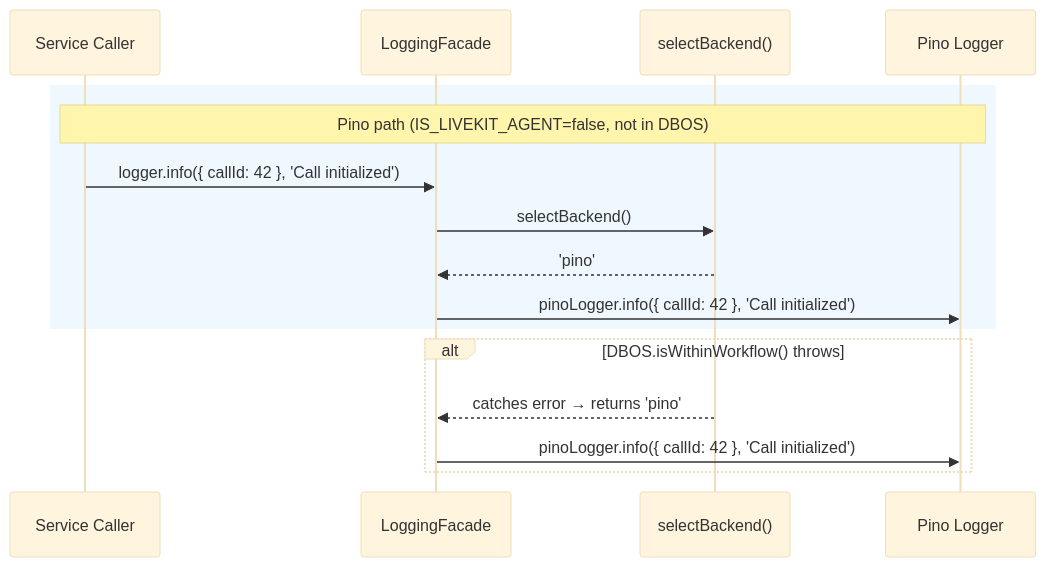
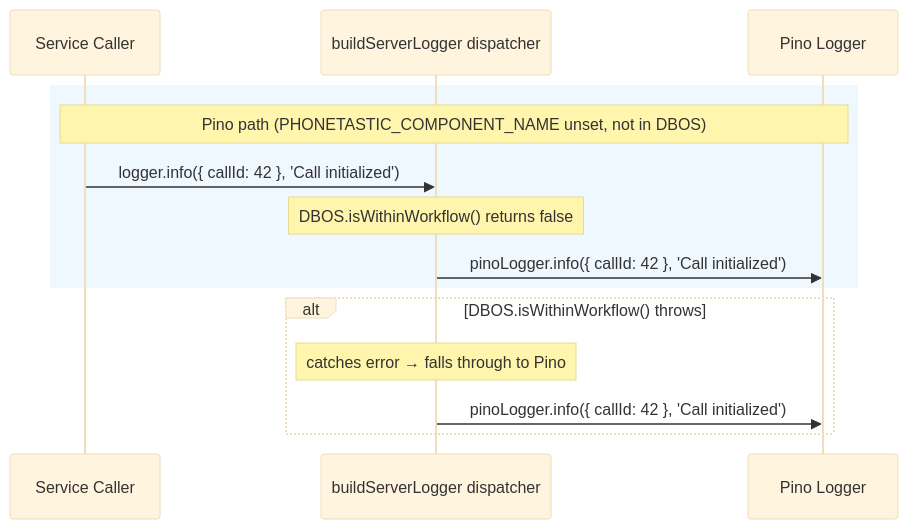
The first of 7 diagrams in docs/logging-facade-design.md (phonetastic-eng/phonetastic-server), drawn with Mermaid (base theme) before and after one commit. The commit also changed other lines of this file and 9 other files, not shown here.

````diff
--- a/docs/logging-facade-design.md
+++ b/docs/logging-facade-design.md
@@ -21,20 +21,18 @@
 ```mermaid
 sequenceDiagram
     participant C as Service Caller
-    participant F as LoggingFacade
-    participant O as selectBackend()
+    participant F as buildServerLogger dispatcher
     participant P as Pino Logger
 
     rect rgb(240, 248, 255)
-    note over C,P: Pino path (IS_LIVEKIT_AGENT=false, not in DBOS)
+    note over C,P: Pino path (PHONETASTIC_COMPONENT_NAME unset, not in DBOS)
     C->>F: logger.info({ callId: 42 }, 'Call initialized')
-    F->>O: selectBackend()
-    O-->>F: 'pino'
+    note over F: DBOS.isWithinWorkflow() returns false
     F->>P: pinoLogger.info({ callId: 42 }, 'Call initialized')
     end
 
     alt DBOS.isWithinWorkflow() throws
-        O-->>F: catches error → returns 'pino'
+        note over F: catches error → falls through to Pino
         F->>P: pinoLogger.info({ callId: 42 }, 'Call initialized')
     end
 ```
````
